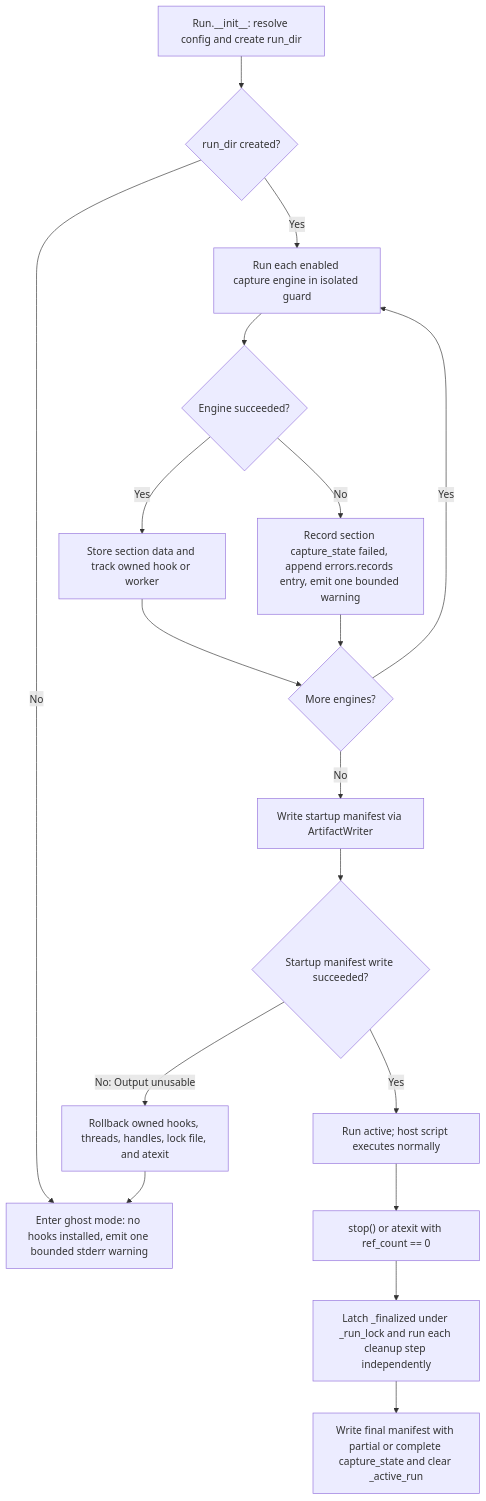
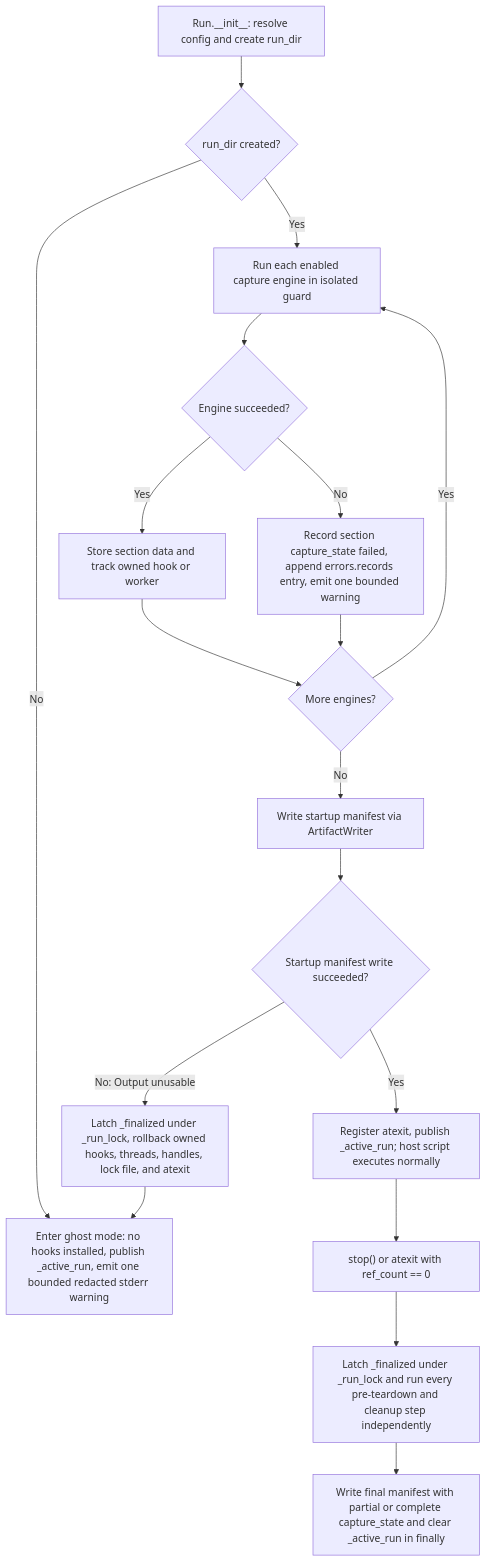
One commit to fariello/pubrun changed the first of 2 diagrams in .aw/records/plans/pending/20261121-cap-isolation-02-ed0yds-tracker-per-engine-failure-isolation-narrow-ghost-mode-and-i.ipd.md. Above: the diagram before and after it, drawn with Mermaid. The commit also changed other lines of this file and 1 other file, not shown here.

````diff
--- a/.aw/records/plans/pending/20261121-cap-isolation-02-ed0yds-tracker-per-engine-failure-isolation-narrow-ghost-mode-and-i.ipd.md
+++ b/.aw/records/plans/pending/20261121-cap-isolation-02-ed0yds-tracker-per-engine-failure-isolation-narrow-ghost-mode-and-i.ipd.md
@@ -36,20 +39,20 @@
 ```mermaid
 flowchart TD
     A["Run.__init__: resolve config and create run_dir"] --> B{"run_dir created?"}
-    B -->|No| G["Enter ghost mode: no hooks installed, emit one bounded stderr warning"]
+    B -->|No| G["Enter ghost mode: no hooks installed, publish _active_run, emit one bounded redacted stderr warning"]
     B -->|Yes| C["Run each enabled capture engine in isolated guard"]
     C --> D{"Engine succeeded?"}
     D -->|Yes| E["Store section data and track owned hook or worker"]
     D -->|No| F["Record section capture_state failed, append errors.records entry, emit one bounded warning"]
     E --> H{"More engines?"}
     F --> H
     H -->|Yes| C
     H -->|No| I["Write startup manifest via ArtifactWriter"]
     I --> J{"Startup manifest write succeeded?"}
-    J -->|No: Output unusable| K["Rollback owned hooks, threads, handles, lock file, and atexit"]
+    J -->|No: Output unusable| K["Latch _finalized under _run_lock, rollback owned hooks, threads, handles, lock file, and atexit"]
     K --> G
-    J -->|Yes| L["Run active; host script executes normally"]
+    J -->|Yes| L["Register atexit, publish _active_run; host script executes normally"]
     L --> M["stop() or atexit with ref_count == 0"]
-    M --> N["Latch _finalized under _run_lock and run each cleanup step independently"]
-    N --> O["Write final manifest with partial or complete capture_state and clear _active_run"]
+    M --> N["Latch _finalized under _run_lock and run every pre-teardown and cleanup step independently"]
+    N --> O["Write final manifest with partial or complete capture_state and clear _active_run in finally"]
 ```
````
